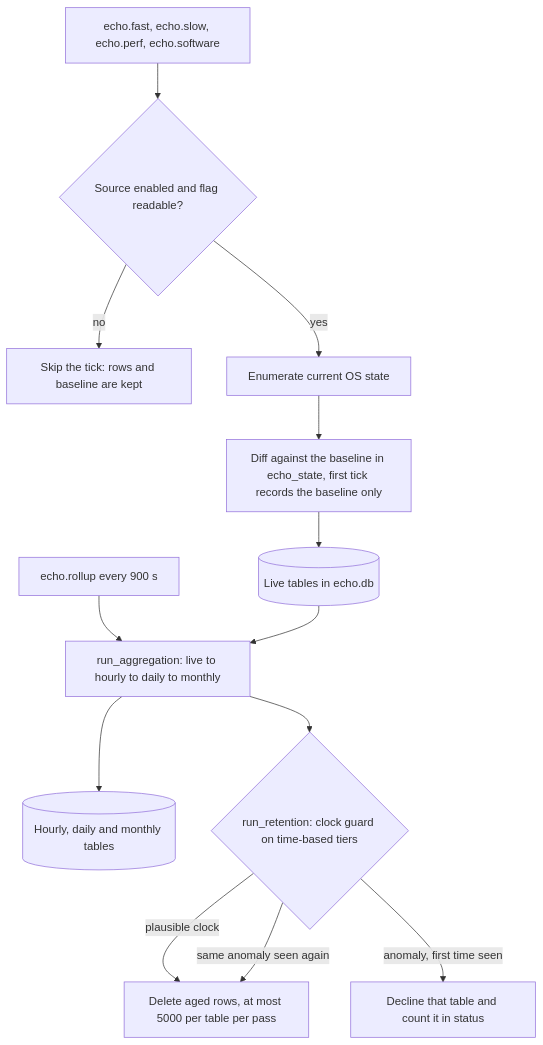
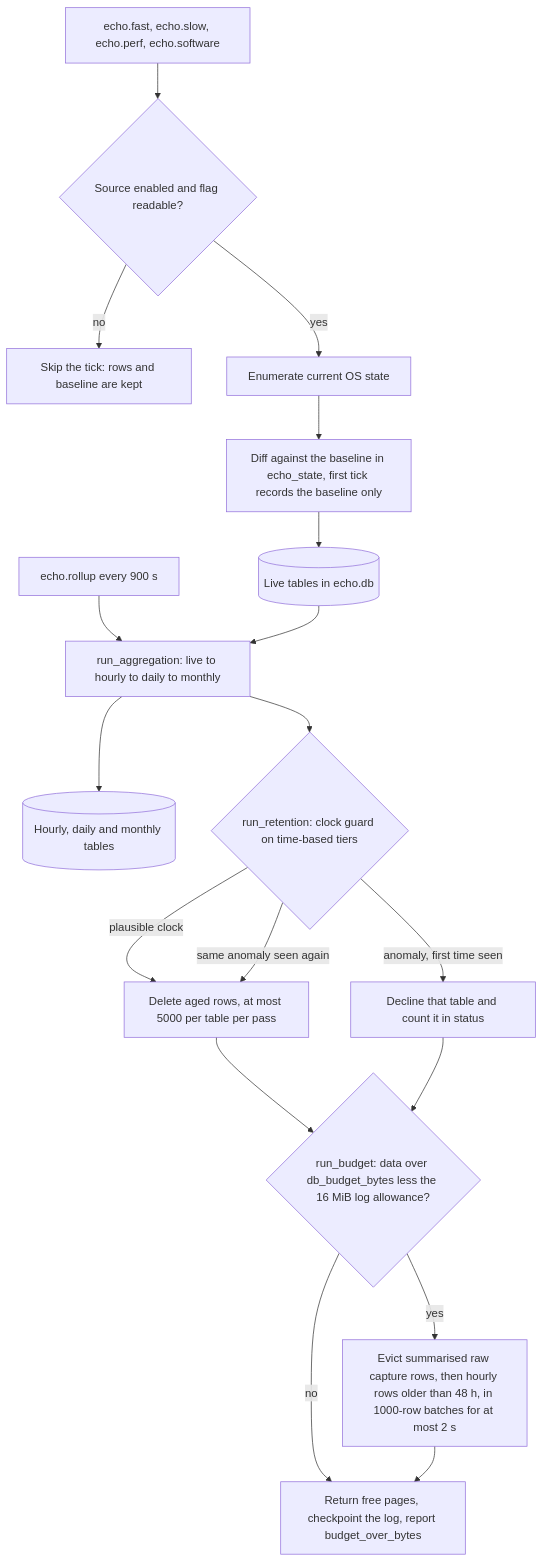
Before and after one commit to DevNullLtd/Yuzu: the second of 4 diagrams in agents/plugins/echo/README.md, drawn with Mermaid. The commit also changed other lines of this file and 37 other files, not shown here.

Commit message:
echo: enforce a byte budget on echo.db and cut raw capture row volume

````diff
--- a/agents/plugins/echo/README.md
+++ b/agents/plugins/echo/README.md
@@ -155,15 +176,20 @@
 ```mermaid
 flowchart TD
   T["echo.fast, echo.slow, echo.perf, echo.software"] --> G{"Source enabled and flag readable?"}
   G -->|"no"| SK["Skip the tick: rows and baseline are kept"]
   G -->|"yes"| E["Enumerate current OS state"]
   E --> D["Diff against the baseline in echo_state, first tick records the baseline only"]
   D --> L[("Live tables in echo.db")]
   R["echo.rollup every 900 s"] --> A["run_aggregation: live to hourly to daily to monthly"]
   L --> A
   A --> H[("Hourly, daily and monthly tables")]
   A --> C{"run_retention: clock guard on time-based tiers"}
   C -->|"plausible clock"| X["Delete aged rows, at most 5000 per table per pass"]
   C -->|"anomaly, first time seen"| N["Decline that table and count it in status"]
   C -->|"same anomaly seen again"| X
+  X --> B{"run_budget: data over db_budget_bytes less the 16 MiB log allowance?"}
+  N --> B
+  B -->|"yes"| Y["Evict summarised raw capture rows, then hourly rows older than 48 h, in 1000-row batches for at most 2 s"]
+  B -->|"no"| Z["Return free pages, checkpoint the log, report budget_over_bytes"]
+  Y --> Z
 ```
````
